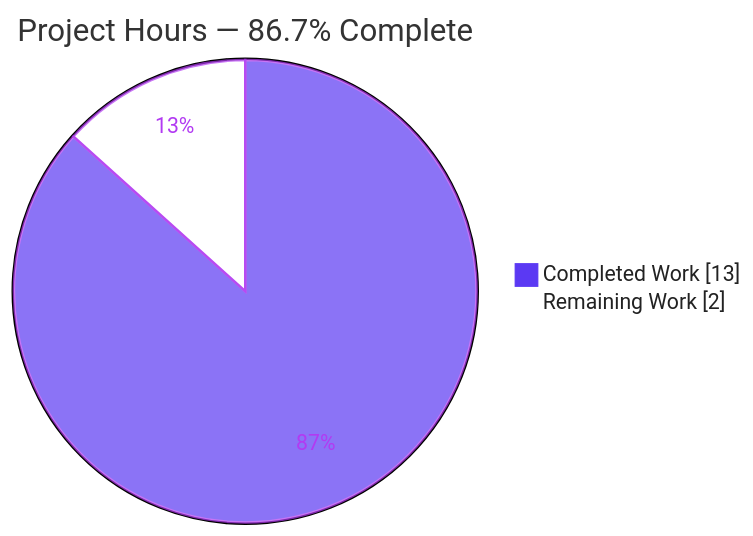
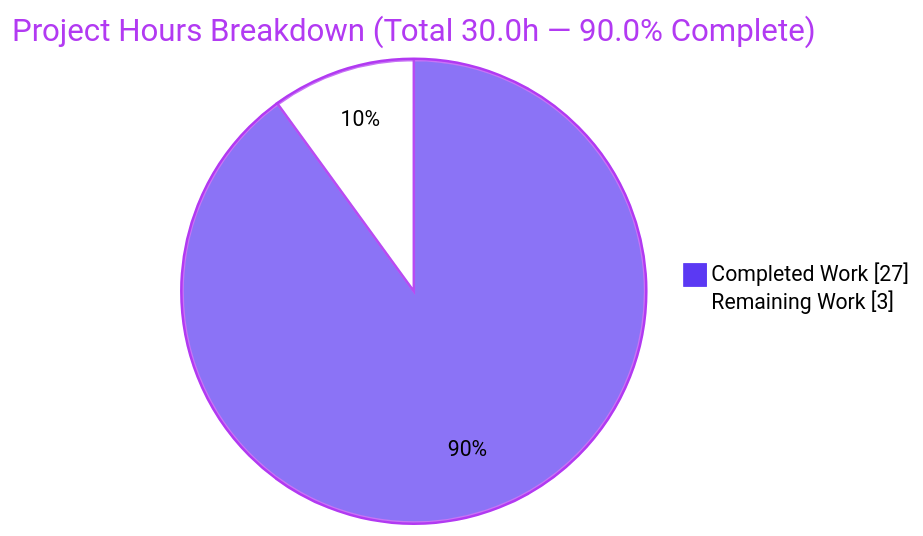
One commit to Sandeep01Kumar/04-june-existing-projects-qa-test changed the second of 3 diagrams in blitzy/documentation/Project Guide.md. Above: the diagram before and after it, drawn with Mermaid. The commit also changed other lines of this file, not shown here.

Commit message:
Adding Blitzy Project Guide: Project Status and Human Tasks Remaining

````diff
--- a/blitzy/documentation/Project Guide.md
+++ b/blitzy/documentation/Project Guide.md
@@ -202,6 +206,7 @@
 ```mermaid
-%%{init: {"theme":"base","themeVariables":{"pie1":"#5B39F3","pie2":"#FFFFFF","pieStrokeColor":"#B23AF2","pieStrokeWidth":"2px","pieOuterStrokeWidth":"2px","pieSectionTextColor":"#B23AF2","pieLegendTextColor":"#222222"}}}%%
-pie showData title Project Hours — 86.7% Complete
-    "Completed Work" : 13
-    "Remaining Work" : 2
+%%{init: {'theme':'base','themeVariables':{'pie1':'#5B39F3','pie2':'#FFFFFF','pieStrokeColor':'#B23AF2','pieStrokeWidth':'2px','pieOuterStrokeColor':'#B23AF2','pieOuterStrokeWidth':'2px','pieTitleTextColor':'#B23AF2','pieSectionTextColor':'#000000','pieLegendTextColor':'#000000'}}}%%
+pie showData
+    title Project Hours Breakdown (Total 30.0h — 90.0% Complete)
+    "Completed Work" : 27
+    "Remaining Work" : 3
 ```
````
